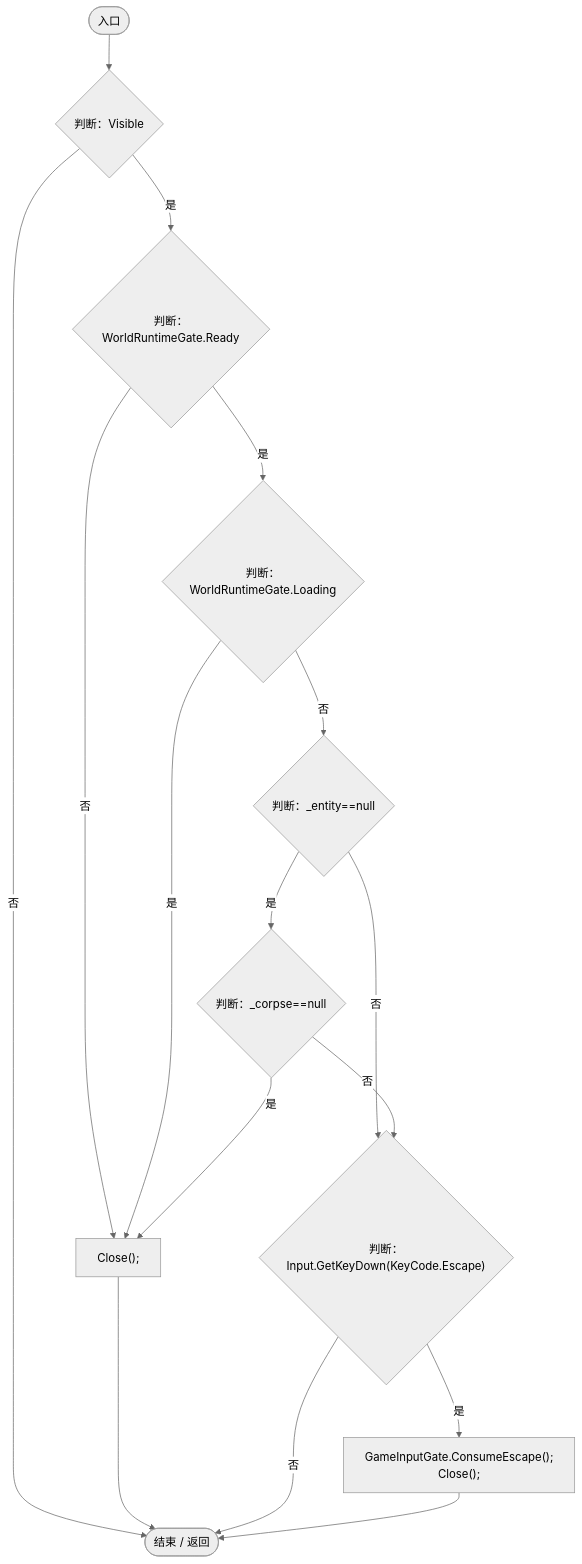
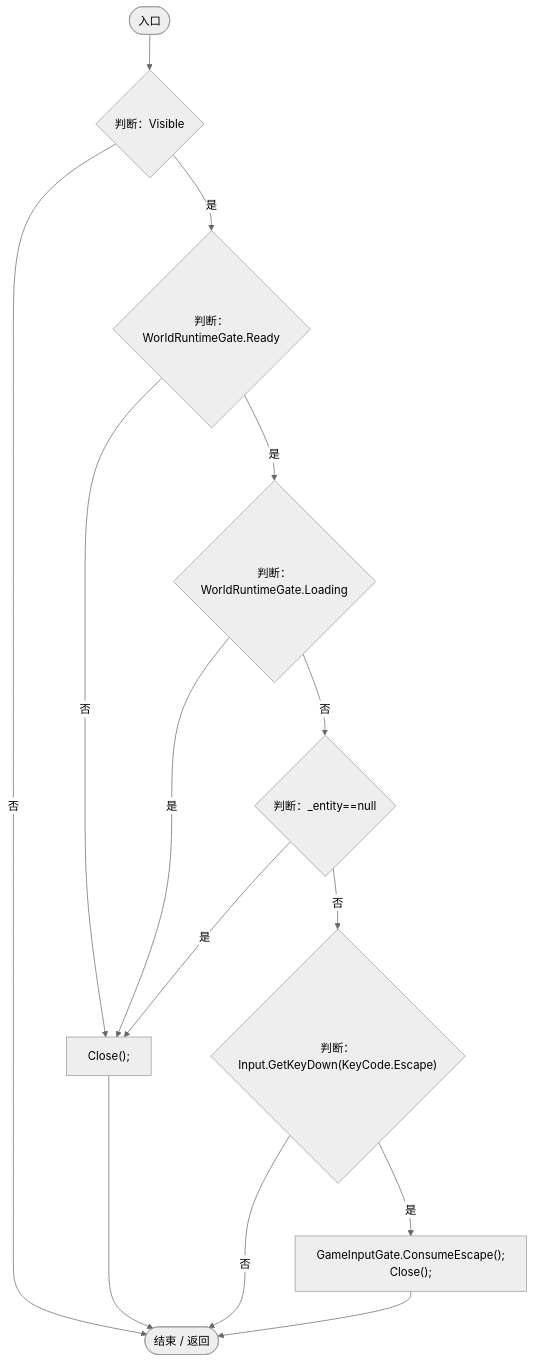
Before and after one commit to xhs6666/Darwin_paradise: diagram 12 of 15 in Docs/运行流程图/脚本/79ed73ecd9855f79.md, drawn with Mermaid (neutral theme). The commit also changed other lines of this file and 240 other files, not shown here.

````diff
--- a/Docs/运行流程图/脚本/79ed73ecd9855f79.md
+++ b/Docs/运行流程图/脚本/79ed73ecd9855f79.md
@@ -441,29 +409,26 @@
 ```mermaid
 flowchart TD
   b0(["入口"])
   b1{"判断：Visible"}
   b2{"判断：WorldRuntimeGate.Ready"}
   b3{"判断：WorldRuntimeGate.Loading"}
   b4{"判断：_entity==null"}
-  b5{"判断：_corpse==null"}
-  b6["Close();"]
-  b7{"判断：Input.GetKeyDown(KeyCode.Escape)"}
-  b8["GameInputGate.ConsumeEscape();<br/>Close();"]
-  b9(["结束 / 返回"])
+  b5["Close();"]
+  b6{"判断：Input.GetKeyDown(KeyCode.Escape)"}
+  b7["GameInputGate.ConsumeEscape();<br/>Close();"]
+  b8(["结束 / 返回"])
   b0 --> b1
-  b1 -->|"否"| b9
+  b1 -->|"否"| b8
   b1 -->|"是"| b2
   b2 -->|"是"| b3
-  b2 -->|"否"| b6
+  b2 -->|"否"| b5
   b3 -->|"否"| b4
-  b3 -->|"是"| b6
+  b3 -->|"是"| b5
   b4 -->|"是"| b5
-  b4 -->|"否"| b7
-  b5 -->|"是"| b6
-  b5 -->|"否"| b7
-  b6 --> b9
-  b7 -->|"是"| b8
-  b7 -->|"否"| b9
-  b8 --> b9
+  b4 -->|"否"| b6
+  b5 --> b8
+  b6 -->|"是"| b7
+  b6 -->|"否"| b8
+  b7 --> b8
 
 ```
````
